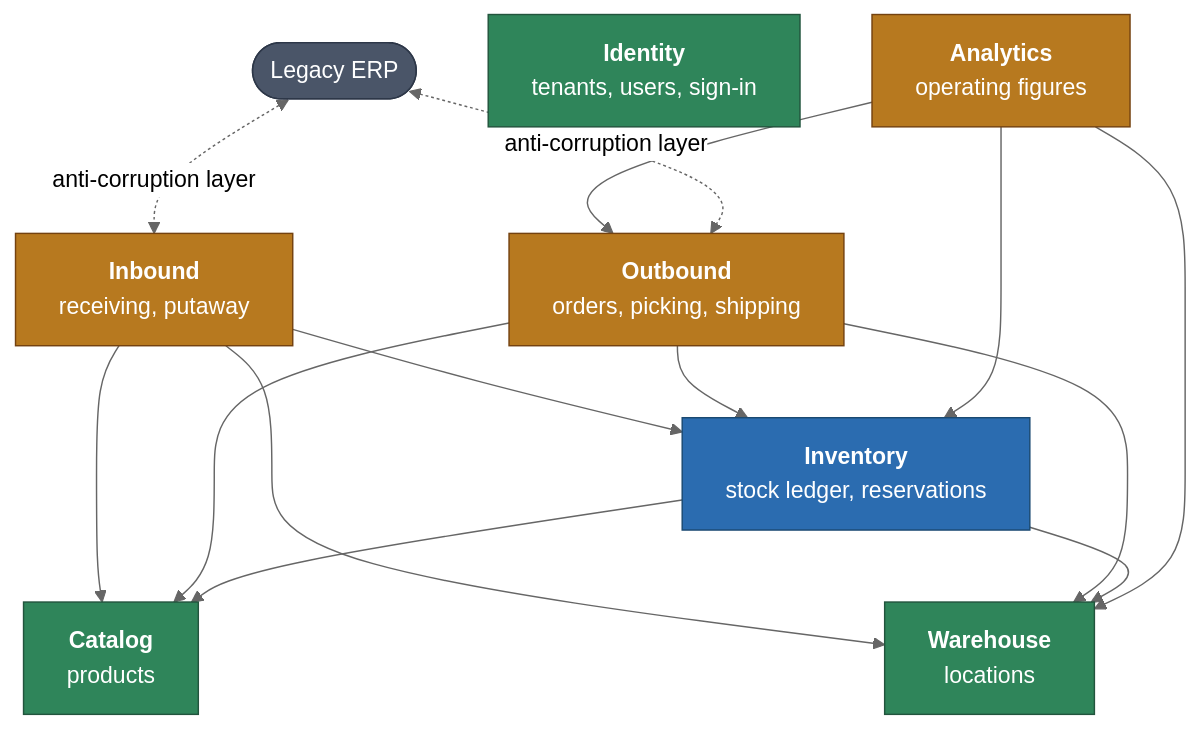
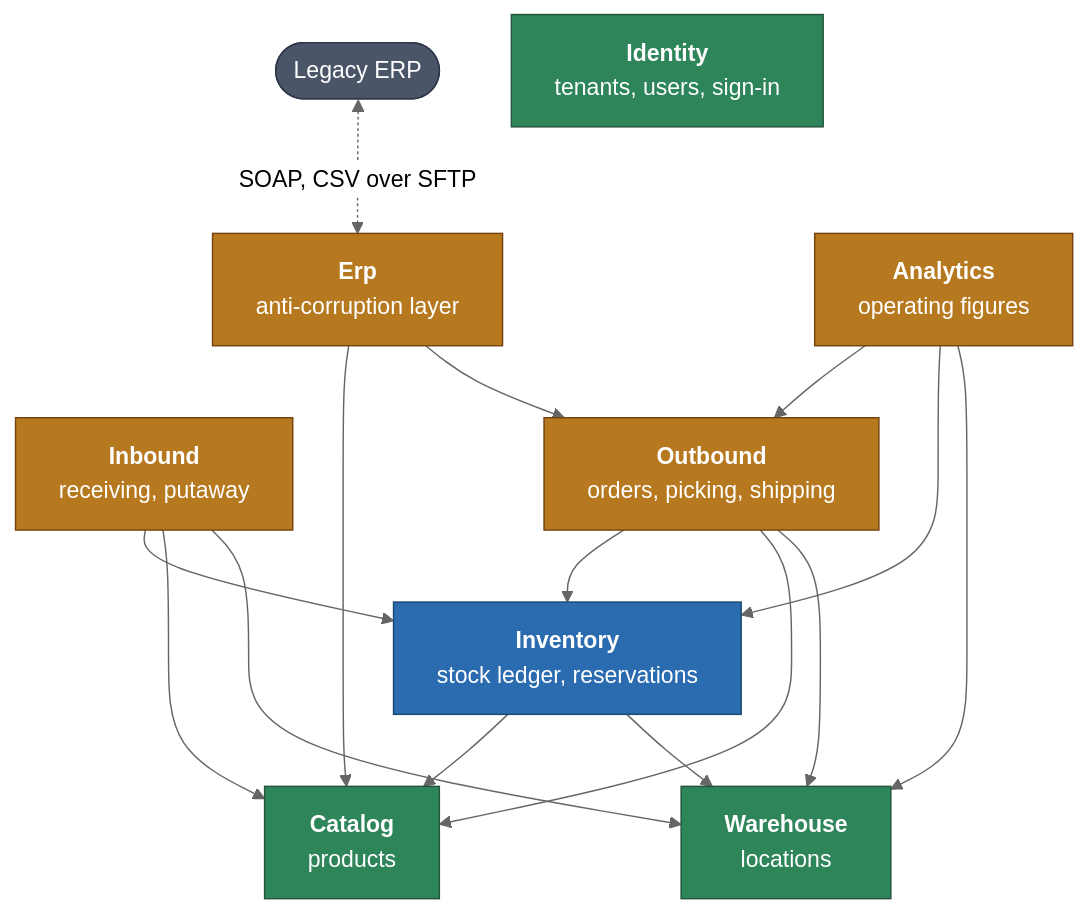
Before and after one commit to Fit0/estiba-wms: the diagram in docs/domain/context-map.md, drawn with Mermaid (neutral theme). The commit also changed other lines of this file and 51 other files, not shown here.

Commit message:
feat(erp): add an anti-corruption layer for the erp (#55)

````diff
--- a/docs/domain/context-map.md
+++ b/docs/domain/context-map.md
@@ -9,31 +9,34 @@
 ```mermaid
 flowchart TB
     erp(["Legacy ERP"]):::ext
+    erpctx["<b>Erp</b><br/>anti-corruption layer"]:::down
     inbound["<b>Inbound</b><br/>receiving, putaway"]:::down
     outbound["<b>Outbound</b><br/>orders, picking, shipping"]:::down
     inventory["<b>Inventory</b><br/>stock ledger, reservations"]:::core
     catalog["<b>Catalog</b><br/>products"]:::up
     warehouse["<b>Warehouse</b><br/>locations"]:::up
     identity["<b>Identity</b><br/>tenants, users, sign-in"]:::up
     analytics["<b>Analytics</b><br/>operating figures"]:::down
 
     inbound --> inventory
     outbound --> inventory
     inbound --> catalog
     inbound --> warehouse
     outbound --> catalog
     outbound --> warehouse
     inventory --> catalog
     inventory --> warehouse
     analytics --> outbound
     analytics --> inventory
     analytics --> warehouse
 
-    erp <-.->|"anti-corruption layer"| inbound
-    erp <-.->|"anti-corruption layer"| outbound
+    erpctx --> catalog
+    erpctx --> outbound
+
+    erp <-.->|"SOAP, CSV over SFTP"| erpctx
 
     classDef up fill:#2f855a,stroke:#22543d,color:#ffffff
     classDef core fill:#2b6cb0,stroke:#1a4971,color:#ffffff
     classDef down fill:#b7791f,stroke:#744210,color:#ffffff
     classDef ext fill:#4a5568,stroke:#2d3748,color:#ffffff
 ```
````
